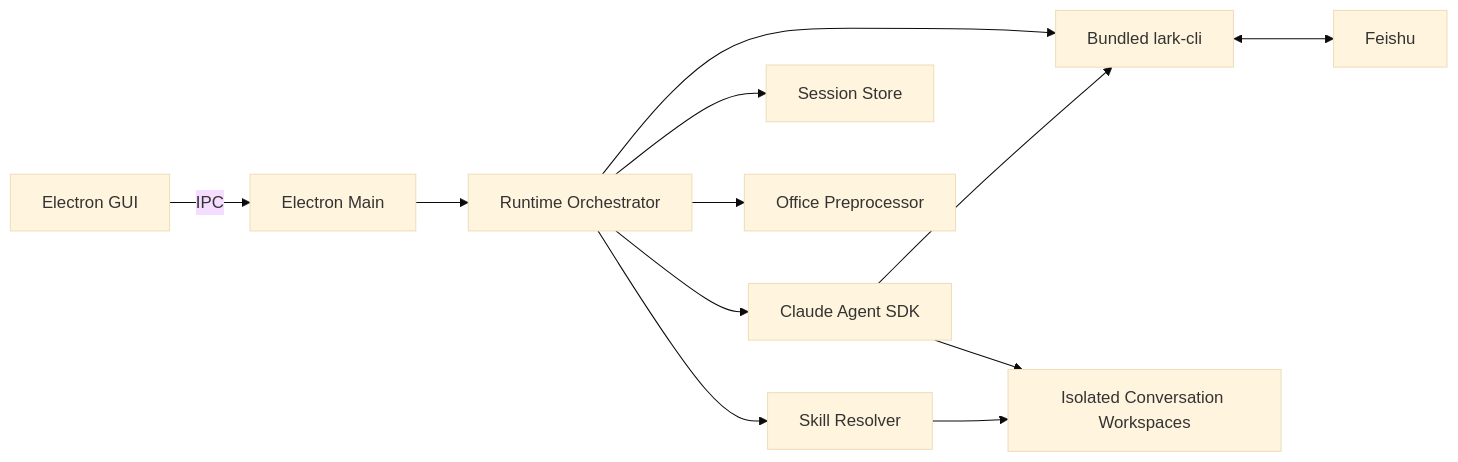
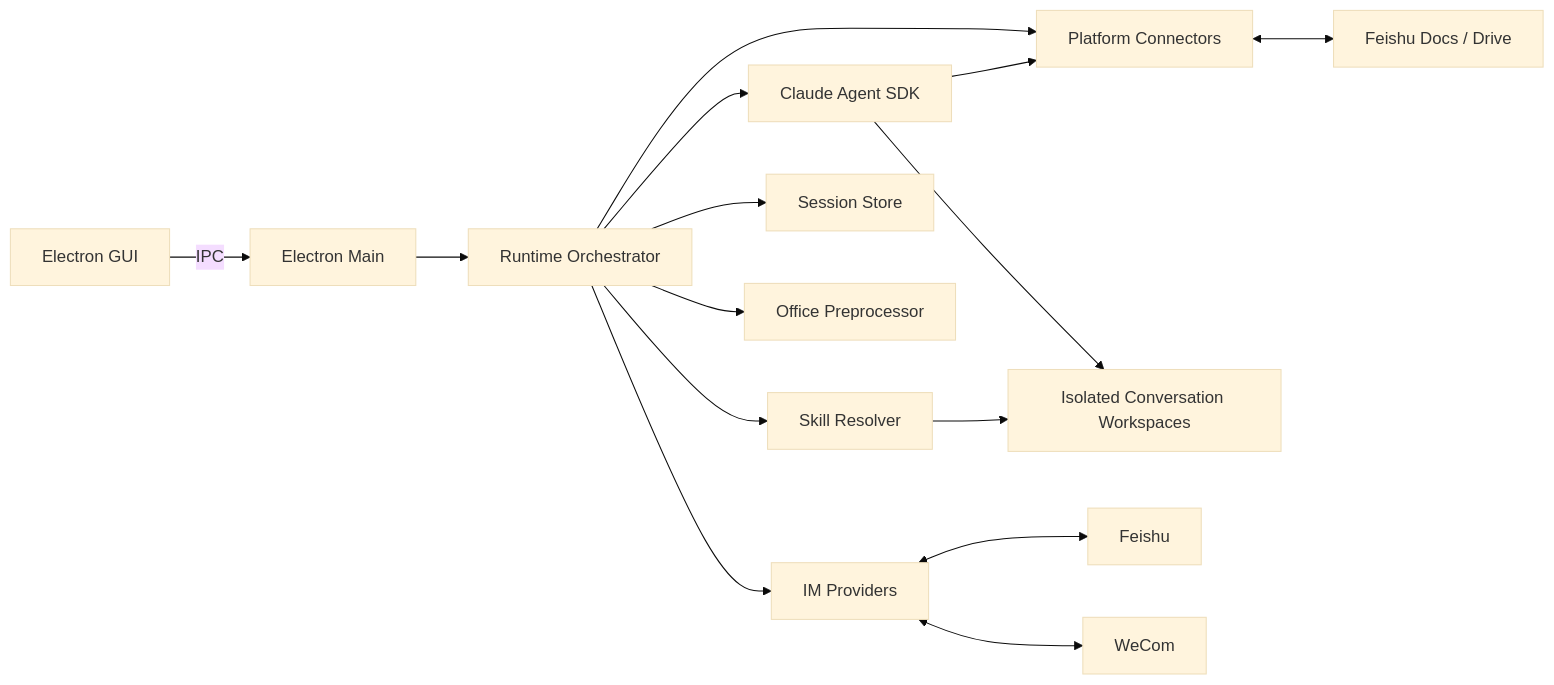
Before and after one commit to Quarkfan/QuarkFanTools: the first of 2 diagrams in docs/architecture.md, drawn with Mermaid (base theme). The commit also changed other lines of this file and 65 other files, not shown here.

````diff
--- a/docs/architecture.md
+++ b/docs/architecture.md
@@ -7,14 +7,17 @@
 ```mermaid
 flowchart LR
     UI["Electron GUI"] -->|IPC| Main["Electron Main"]
     Main --> Runtime["Runtime Orchestrator"]
-    Runtime --> Lark["Bundled lark-cli"]
+    Runtime --> IM["IM Providers"]
+    Runtime --> Connectors["Platform Connectors"]
     Runtime --> Skills["Skill Resolver"]
     Runtime --> Sessions["Session Store"]
     Runtime --> Office["Office Preprocessor"]
     Runtime --> Claude["Claude Agent SDK"]
-    Claude --> Lark
+    Claude --> Connectors
     Claude --> Workspaces["Isolated Conversation Workspaces"]
-    Lark <--> Feishu["Feishu"]
+    IM <--> Feishu["Feishu"]
+    IM <--> WeCom["WeCom"]
+    Connectors <--> FeishuKnowledge["Feishu Docs / Drive"]
     Skills --> Workspaces
 ```
````
